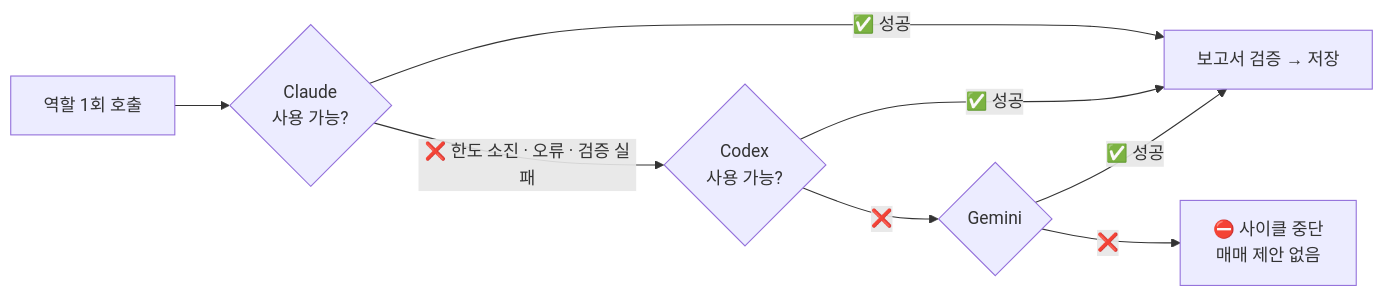
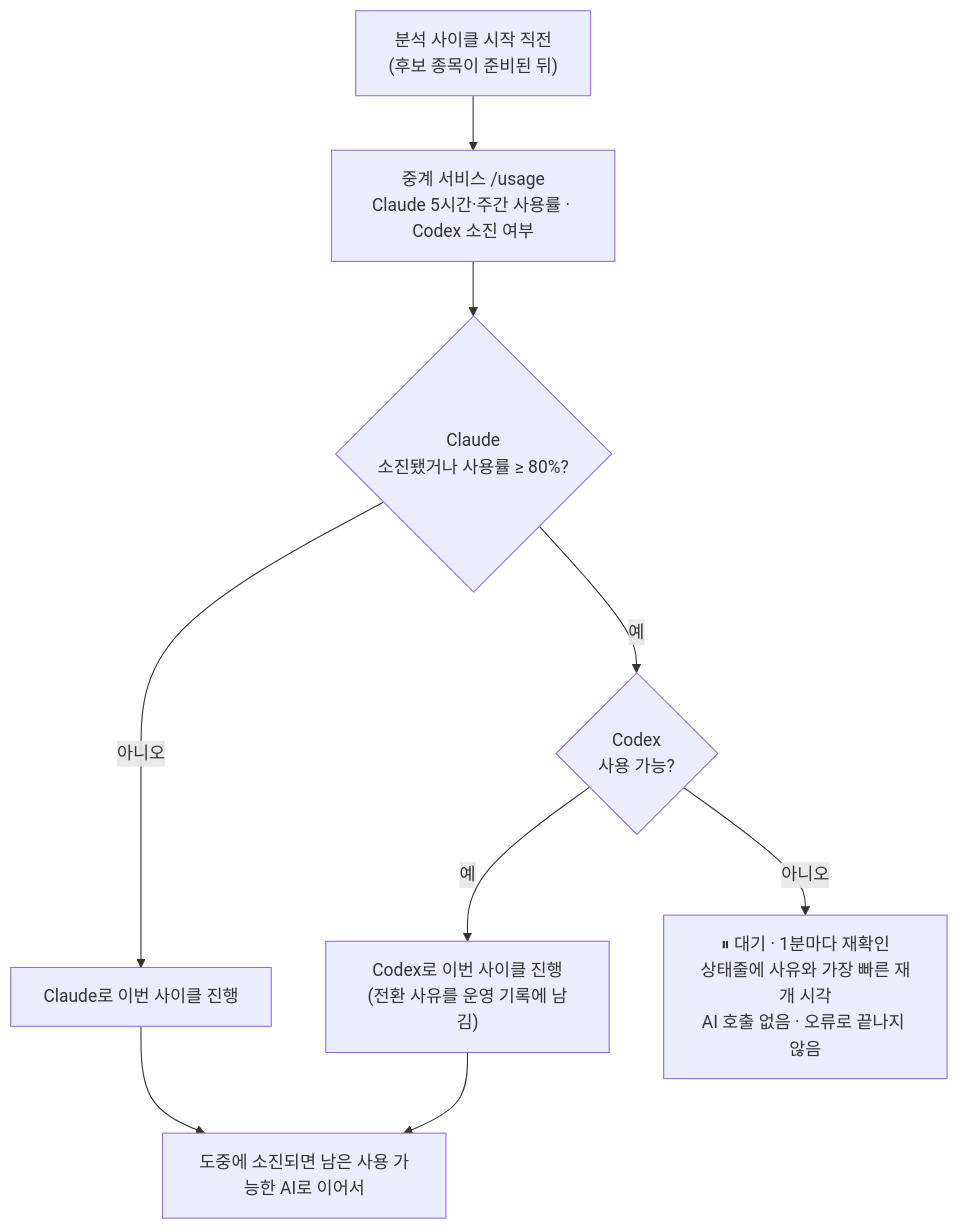
One commit to eshir0/stock-lab changed the third of 7 diagrams in README.md. Above: the diagram before and after it, drawn with Mermaid. The commit also changed other lines of this file and 16 other files, not shown here.

````diff
--- a/README.md
+++ b/README.md
@@ -216,10 +219,11 @@
 ```mermaid
-flowchart LR
-    R["역할 1회 호출"] --> A{"Claude<br/>사용 가능?"}
-    A -->|✅ 성공| OK["보고서 검증 → 저장"]
-    A -->|"❌ 한도 소진 · 오류 · 검증 실패"| B{"Codex<br/>사용 가능?"}
-    B -->|✅ 성공| OK
-    B -->|❌| G{"Gemini"}
-    G -->|✅ 성공| OK
-    G -->|❌| E["⛔ 사이클 중단<br/>매매 제안 없음"]
+flowchart TD
+    S["분석 사이클 시작 직전<br/>(후보 종목이 준비된 뒤)"] --> U["중계 서비스 /usage<br/>Claude 5시간·주간 사용률 · Codex 소진 여부"]
+    U --> A{"Claude<br/>소진됐거나 사용률 ≥ 80%?"}
+    A -->|"아니오"| C["Claude로 이번 사이클 진행"]
+    A -->|"예"| B{"Codex<br/>사용 가능?"}
+    B -->|"예"| X["Codex로 이번 사이클 진행<br/>(전환 사유를 운영 기록에 남김)"]
+    B -->|"아니오"| W["⏸ 대기 · 1분마다 재확인<br/>상태줄에 사유와 가장 빠른 재개 시각<br/>AI 호출 없음 · 오류로 끝나지 않음"]
+    C --> F["도중에 소진되면 남은 사용 가능한 AI로 이어서"]
+    X --> F
 ```
````
